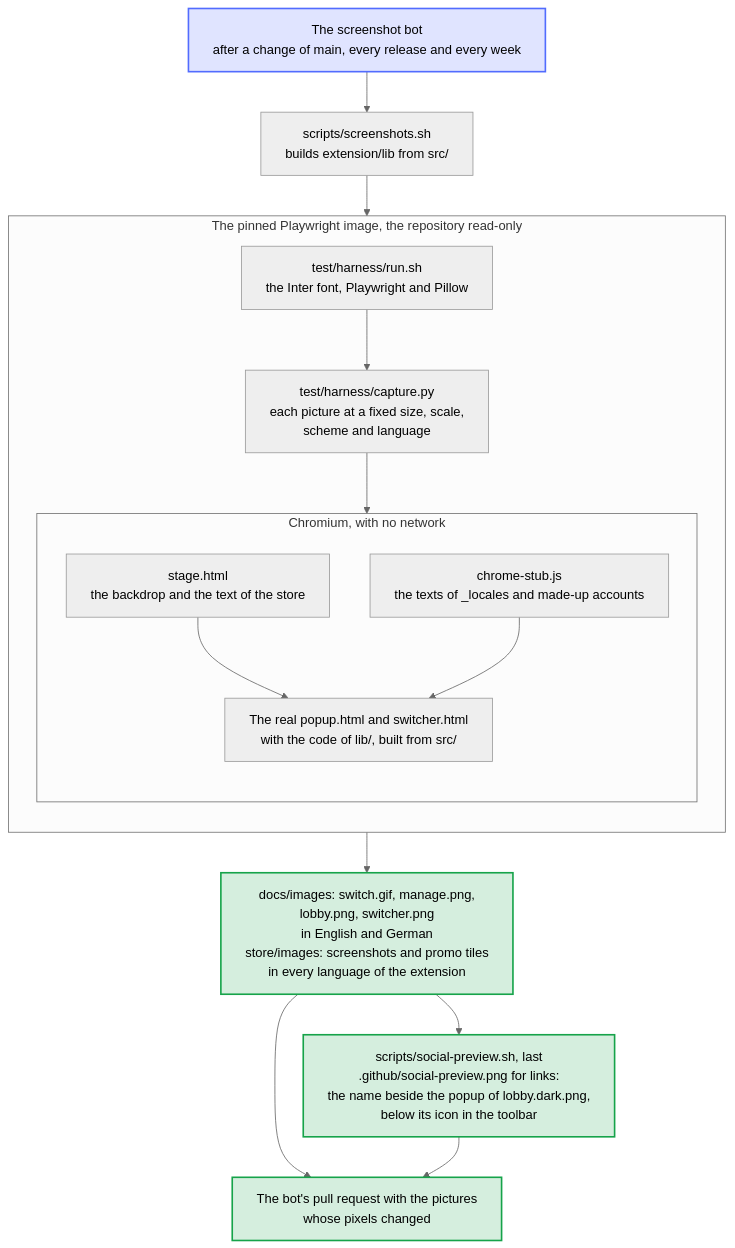
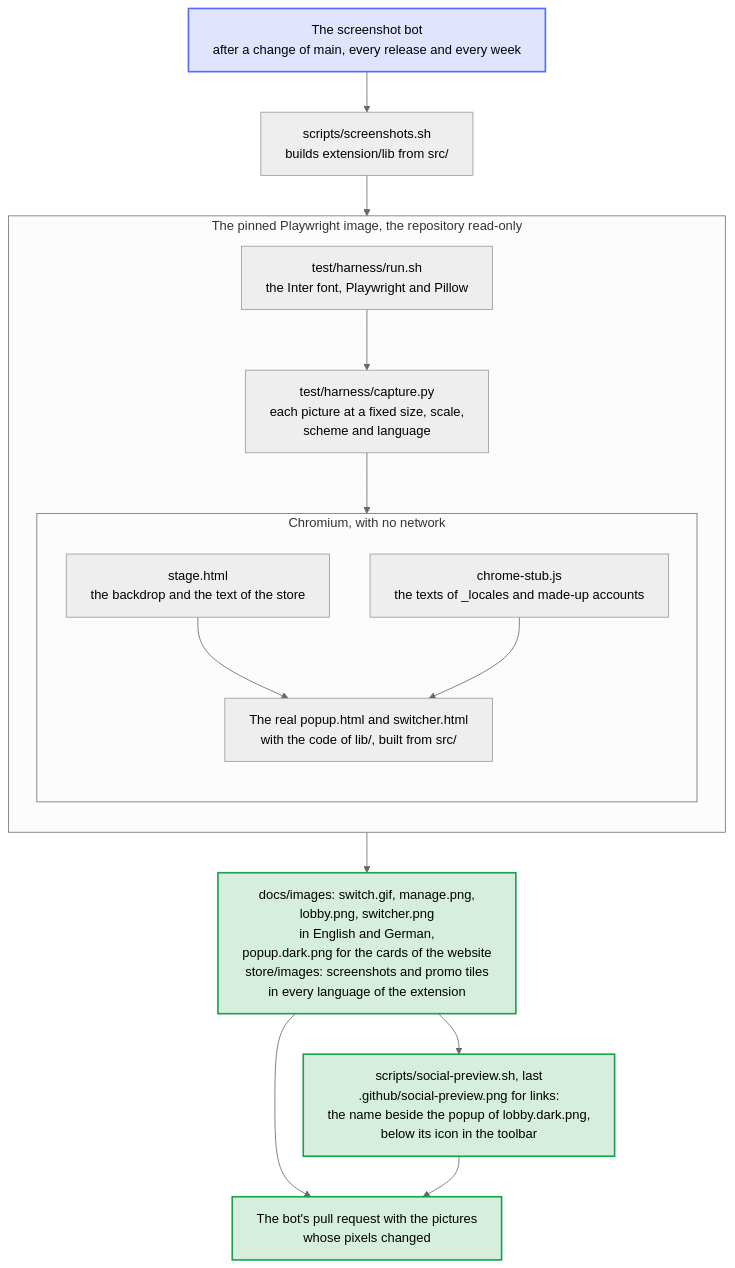
One commit to Dennis-Otto/player-switch-for-autodarts changed the diagram in docs/diagrams/how-the-pictures-are-made.mmd. Above: the diagram before and after it, drawn with Mermaid (neutral theme). The commit also changed 11 other files, not shown here.

First line of the commit message:
docs: a German picture of the popup (#181)

```diff
--- a/docs/diagrams/how-the-pictures-are-made.mmd
+++ b/docs/diagrams/how-the-pictures-are-made.mmd
@@ -1,41 +1,41 @@
 ---
 config:
   flowchart:
     wrappingWidth: 400
 ---
 flowchart TB
     accTitle: How the pictures are made
-    accDescr: scripts/screenshots.sh builds the extension and starts the pinned Playwright image with the repository read-only. Inside, run.sh installs the Inter font and the tools, and capture.py opens the stage in Chromium. The stage shows the real popup or switcher of the extension in a frame, with a stand-in for Chrome and made-up accounts; every file comes from the repository and no request leaves the browser. capture.py takes each picture at a fixed size, scale, scheme and language and writes the GIF, and the pictures leave the container as an archive, into docs/images, in English and German, and store/images, in every language of the extension. Last, scripts/social-preview.sh renders .github/social-preview.png, the picture of links to the repository, which shows the dark popup, as it opens from its icon in the toolbar, beside the name of the extension. After a change of main, every release and every week, the screenshot bot runs the script and opens a pull request with the pictures whose pixels changed.
+    accDescr: scripts/screenshots.sh builds the extension and starts the pinned Playwright image with the repository read-only. Inside, run.sh installs the Inter font and the tools, and capture.py opens the stage in Chromium. The stage shows the real popup or switcher of the extension in a frame, with a stand-in for Chrome and made-up accounts; every file comes from the repository and no request leaves the browser. capture.py takes each picture at a fixed size, scale, scheme and language and writes the GIF, and the pictures leave the container as an archive, into docs/images, in English and German, among them the dark popup as it opens from its icon in the toolbar for the cards of the website, and store/images, in every language of the extension. Last, scripts/social-preview.sh renders .github/social-preview.png, the picture of links to the repository, which shows the dark popup, as it opens from its icon in the toolbar, beside the name of the extension. After a change of main, every release and every week, the screenshot bot runs the script and opens a pull request with the pictures whose pixels changed.
 
     bot["The screenshot bot<br>after a change of main, every release and every week"]
     script["scripts/screenshots.sh<br>builds extension/lib from src/"]
     bot --> script
 
     subgraph image ["The pinned Playwright image, the repository read-only"]
         direction TB
         run["test/harness/run.sh<br>the Inter font, Playwright and Pillow"]
         capture["test/harness/capture.py<br>each picture at a fixed size, scale,<br>scheme and language"]
         run --> capture
         subgraph browser ["Chromium, with no network"]
             direction TB
             stage["stage.html<br>the backdrop and the text of the store"]
             stub["chrome-stub.js<br>the texts of _locales and made-up accounts"]
             pages["The real popup.html and switcher.html<br>with the code of lib/, built from src/"]
             stage --> pages
             stub --> pages
         end
         capture --> stage
     end
 
     script --> run
-    pages --> pictures["docs/images: switch.gif, manage.png,<br>lobby.png, switcher.png<br>in English and German<br>store/images: screenshots and promo tiles<br>in every language of the extension"]
+    pages --> pictures["docs/images: switch.gif, manage.png,<br>lobby.png, switcher.png<br>in English and German,<br>popup.dark.png for the cards of the website<br>store/images: screenshots and promo tiles<br>in every language of the extension"]
     social["scripts/social-preview.sh, last<br>.github/social-preview.png for links:<br>the name beside the popup of lobby.dark.png,<br>below its icon in the toolbar"]
     pictures --> social
     pull["The bot's pull request with the pictures<br>whose pixels changed"]
     pictures --> pull
     social --> pull
 
     classDef bot fill:#526cfe2e,stroke:#526cfe,stroke-width:2px
     classDef done fill:#16a34a2e,stroke:#16a34a,stroke-width:2px
     class bot bot
     class pictures,social,pull done
```
